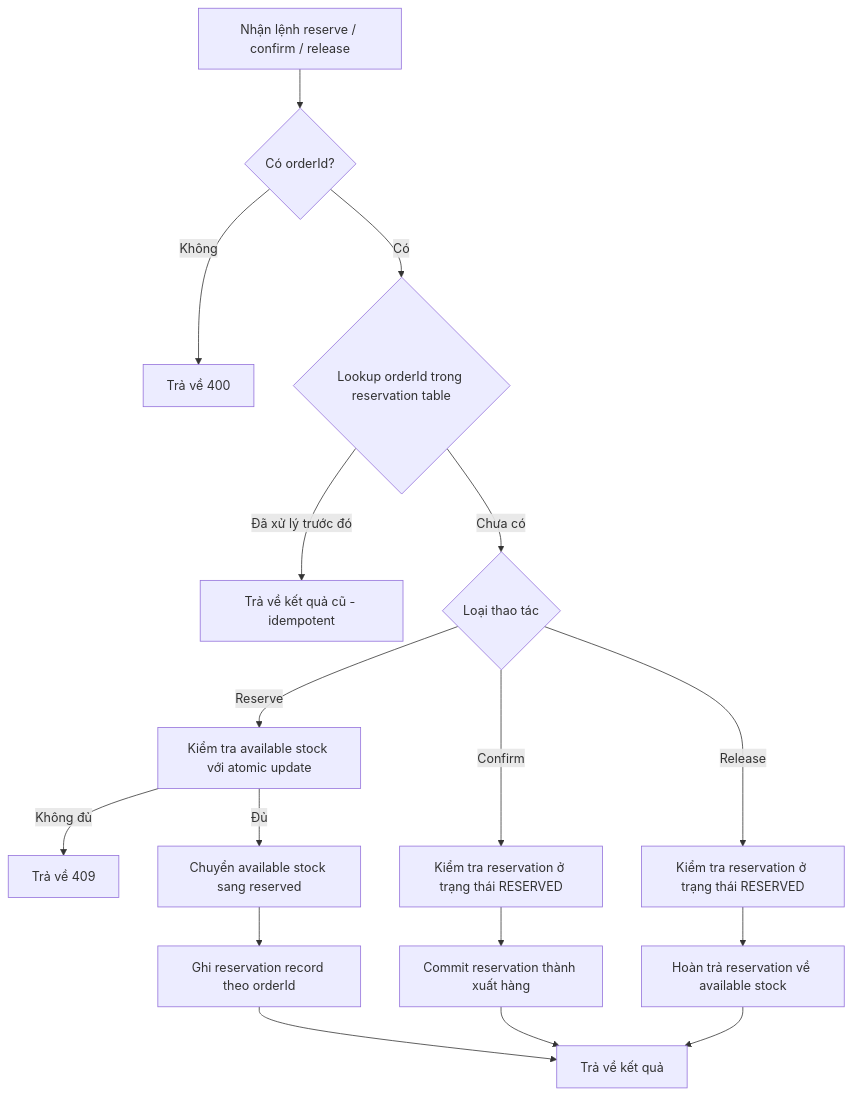
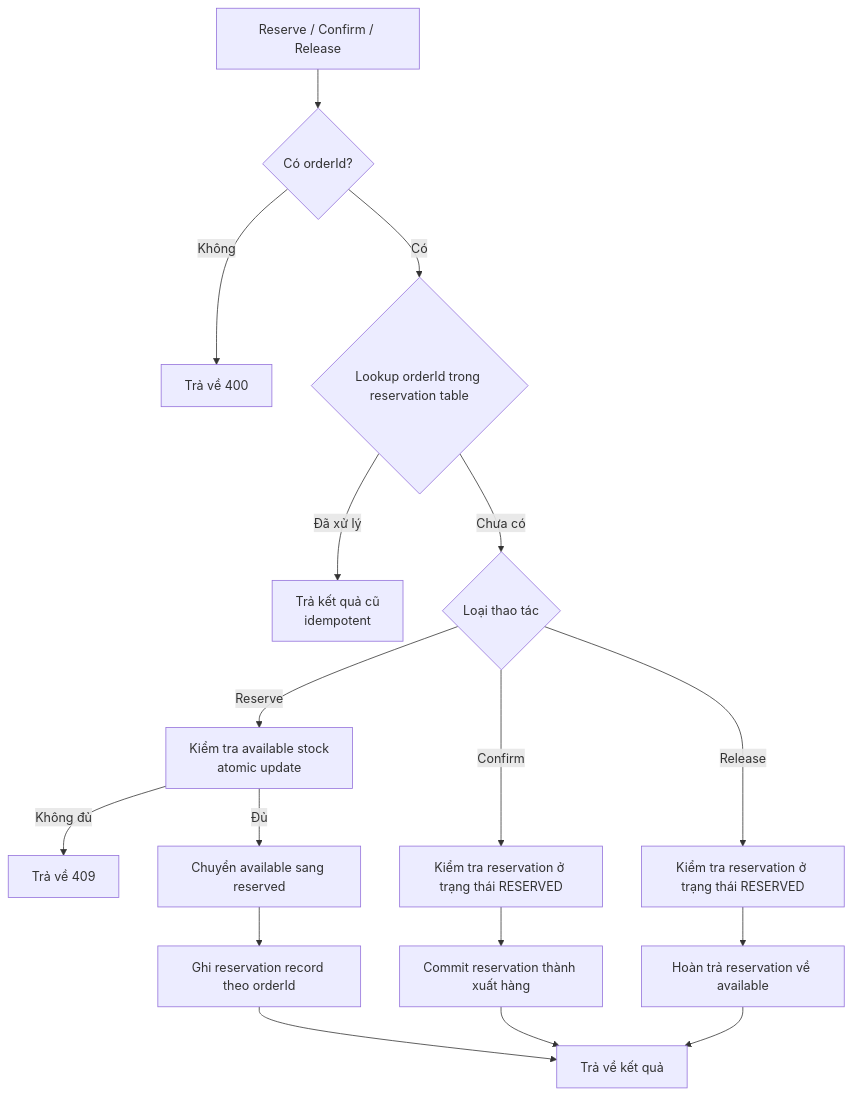
The sixth of 7 diagrams in analysis-and-design-ddd.md (baosatboiz/asd), drawn with Mermaid before and after one commit. The commit also changed other lines of this file, not shown here.

````diff
--- a/analysis-and-design-ddd.md
+++ b/analysis-and-design-ddd.md
@@ -311,23 +311,23 @@
 ```mermaid
 flowchart TD
-    A[Nhận lệnh reserve / confirm / release] --> B{Có orderId?}
+    A[Reserve / Confirm / Release] --> B{Có orderId?}
     B -->|Không| C[Trả về 400]
     B -->|Có| D{Lookup orderId trong reservation table}
-    D -->|Đã xử lý trước đó| E[Trả về kết quả cũ - idempotent]
+    D -->|Đã xử lý| E[Trả kết quả cũ<br/>idempotent]
     D -->|Chưa có| F{Loại thao tác}
 
-    F -->|Reserve| G[Kiểm tra available stock với atomic update]
+    F -->|Reserve| G[Kiểm tra available stock<br/>atomic update]
     G -->|Không đủ| H[Trả về 409]
-    G -->|Đủ| I[Chuyển available stock sang reserved]
+    G -->|Đủ| I[Chuyển available sang reserved]
     I --> J[Ghi reservation record theo orderId]
 
     F -->|Confirm| K[Kiểm tra reservation ở trạng thái RESERVED]
     K --> L[Commit reservation thành xuất hàng]
 
     F -->|Release| M[Kiểm tra reservation ở trạng thái RESERVED]
-    M --> N[Hoàn trả reservation về available stock]
+    M --> N[Hoàn trả reservation về available]
 
     J --> O[Trả về kết quả]
     L --> O
     N --> O
 ```
````
